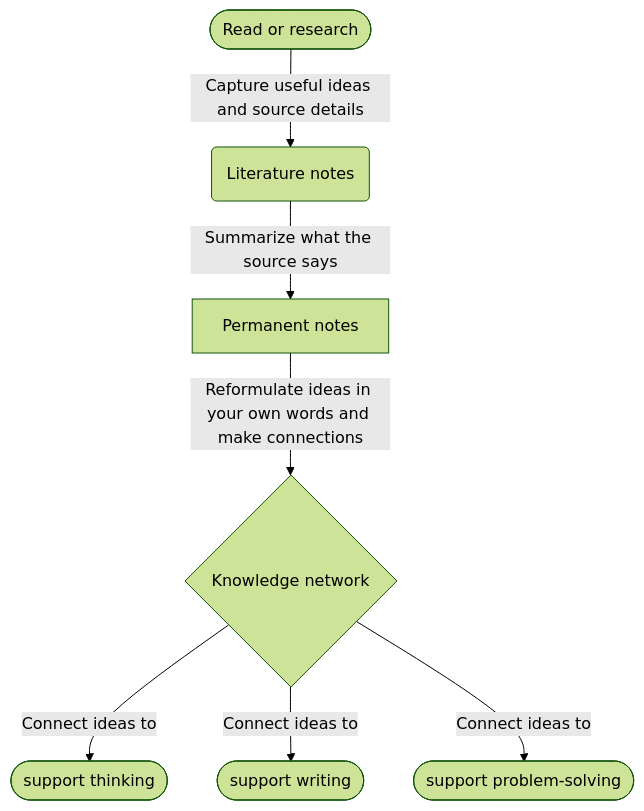
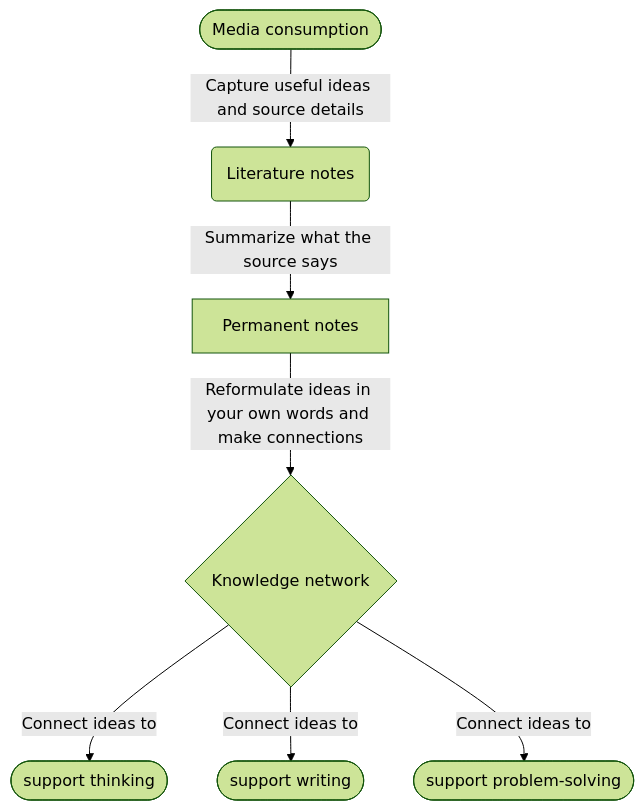
The diagram in README.md (matt2ology/tech-journal-and-blog), drawn with Mermaid (forest theme) before and after one commit.

Commit message:
fix: update flowchart to reflect 'Media consumption' instead of 'Read or research'

````diff
--- a/README.md
+++ b/README.md
@@ -11,9 +11,9 @@
 ```mermaid
 flowchart TD
-    A([Read or research]) -->|Capture useful ideas and source details| B(Literature notes)
+    A([Media consumption]) -->|Capture useful ideas and source details| B(Literature notes)
     B --> |Summarize what the source says| C[Permanent notes]
     C -->|Reformulate ideas in your own words and make connections| D{Knowledge network}
     D --> |Connect ideas to| E([support thinking])
     D --> |Connect ideas to| F([support writing])
     D --> |Connect ideas to| G([support problem-solving])
 ```
````
